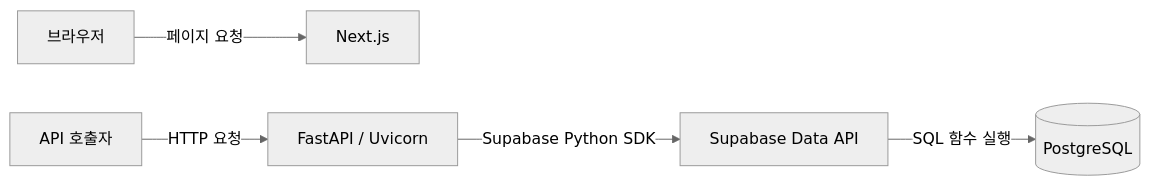
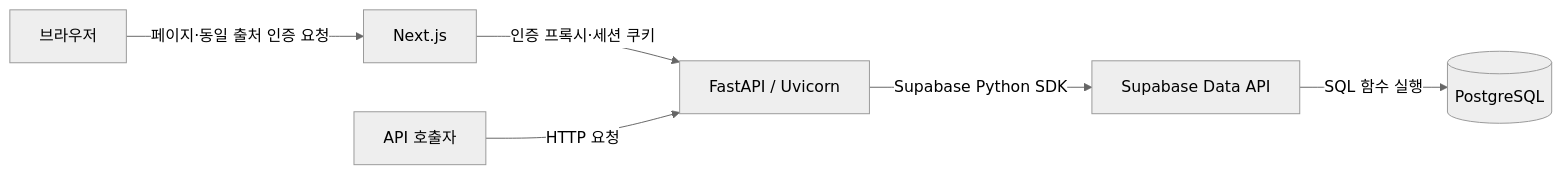
One commit to gomin-diary/gomin changed the diagram in docs/ARCHITECTURE.md. Above: the diagram before and after it, drawn with Mermaid (neutral theme). The commit also changed other lines of this file and 39 other files, not shown here.

````diff
--- a/docs/ARCHITECTURE.md
+++ b/docs/ARCHITECTURE.md
@@ -59,7 +62,8 @@
 ```mermaid
 flowchart LR
-    Browser[브라우저] -->|페이지 요청| Web[Next.js]
+    Browser[브라우저] -->|페이지·동일 출처 인증 요청| Web[Next.js]
+    Web -->|인증 프록시·세션 쿠키| API[FastAPI / Uvicorn]
     Caller[API 호출자] -->|HTTP 요청| API[FastAPI / Uvicorn]
     API -->|Supabase Python SDK| DataAPI[Supabase Data API]
     DataAPI -->|SQL 함수 실행| DB[(PostgreSQL)]
 ```
````
